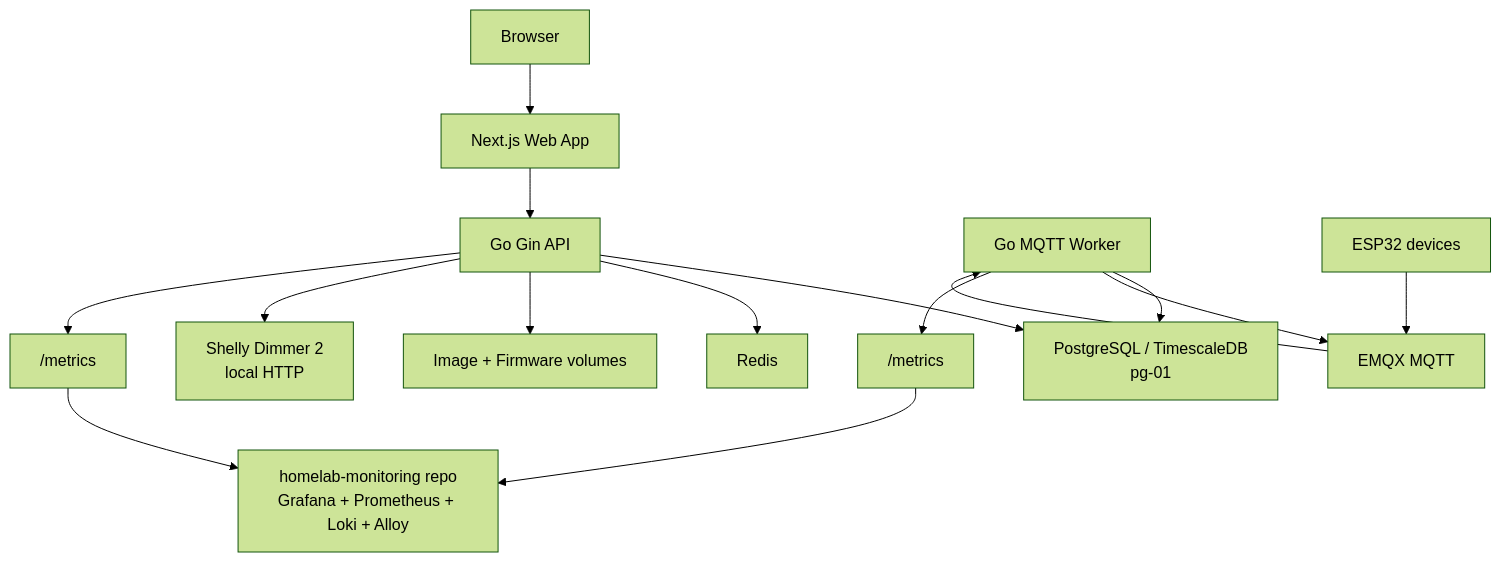
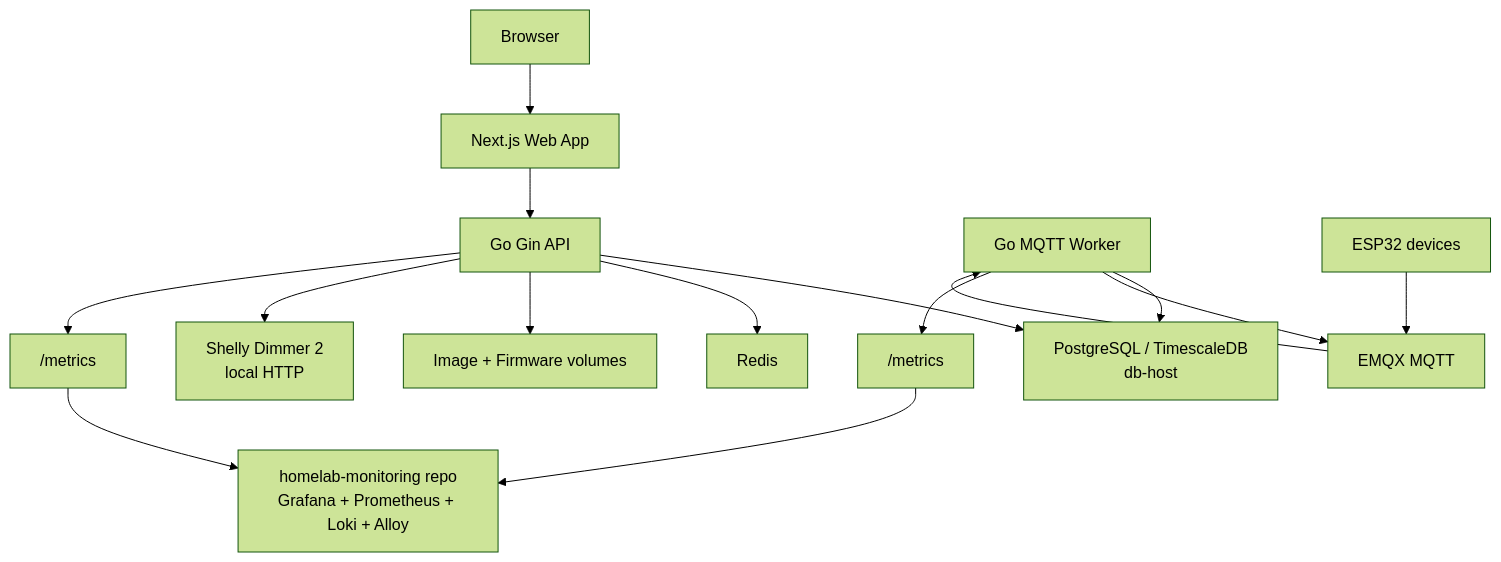
Before and after one commit to MicheliAndrea/growlab: the first of 2 diagrams in README.md, drawn with Mermaid (forest theme). The commit also changed other lines of this file and 93 other files, not shown here.

````diff
--- a/README.md
+++ b/README.md
@@ -65,17 +65,17 @@
 ```mermaid
 flowchart TD
     Browser["Browser"] --> Web["Next.js Web App"]
     Web --> API["Go Gin API"]
-    API --> DB["PostgreSQL / TimescaleDB<br/>pg-01"]
+    API --> DB["PostgreSQL / TimescaleDB<br/>db-host"]
     API --> Redis["Redis"]
     API --> Storage["Image + Firmware volumes"]
     API --> Shelly["Shelly Dimmer 2<br/>local HTTP"]
     Worker["Go MQTT Worker"] --> DB
     Worker --> EMQX["EMQX MQTT"]
     ESP32["ESP32 devices"] --> EMQX
     EMQX --> Worker
     API --> Metrics["/metrics"]
     Worker --> WorkerMetrics["/metrics"]
     Metrics --> Monitoring["homelab-monitoring repo<br/>Grafana + Prometheus + Loki + Alloy"]
     WorkerMetrics --> Monitoring
 ```
````
